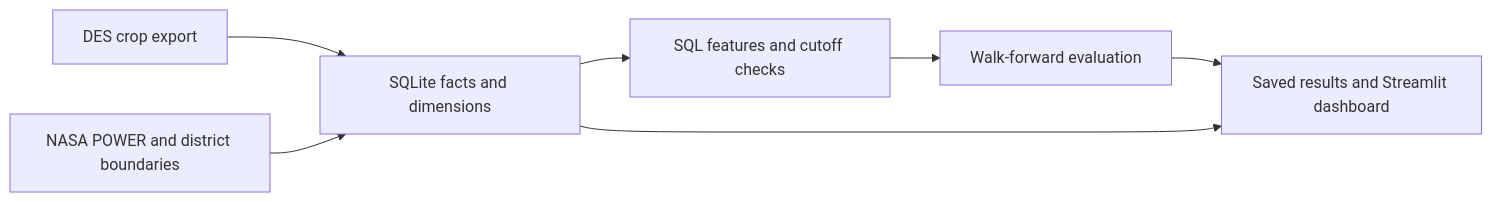
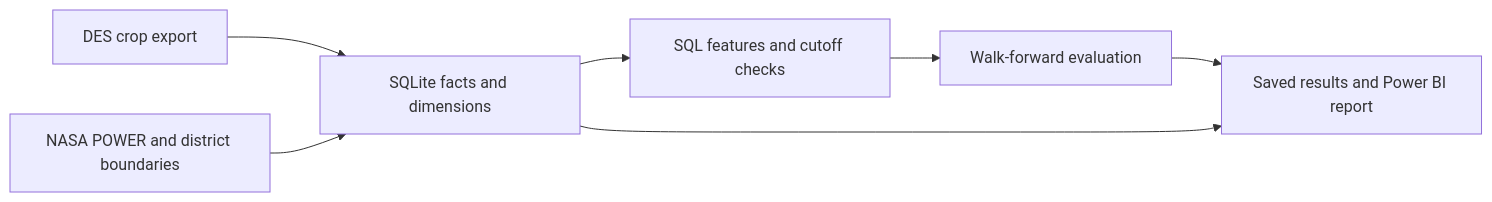
The diagram in README.md (bharath-sharma0/tamil-nadu-rice-forecast), drawn with Mermaid before and after one commit. The commit also changed other lines of this file and 31 other files, not shown here.

Commit message:
Add Power BI forecast dashboard

````diff
--- a/README.md
+++ b/README.md
@@ -30,9 +30,9 @@
 ```mermaid
 flowchart LR
     A[DES crop export] --> D[SQLite facts and dimensions]
     B[NASA POWER and district boundaries] --> D
     D --> E[SQL features and cutoff checks]
     E --> F[Walk-forward evaluation]
-    F --> G[Saved results and Streamlit dashboard]
+    F --> G[Saved results and Power BI report]
     D --> G
 ```
````
